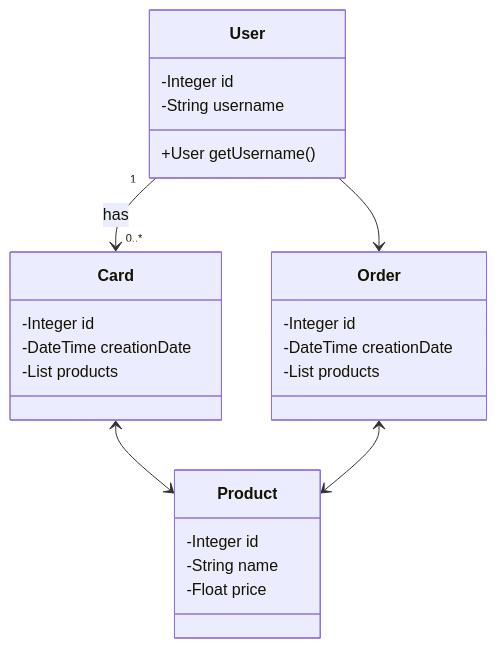
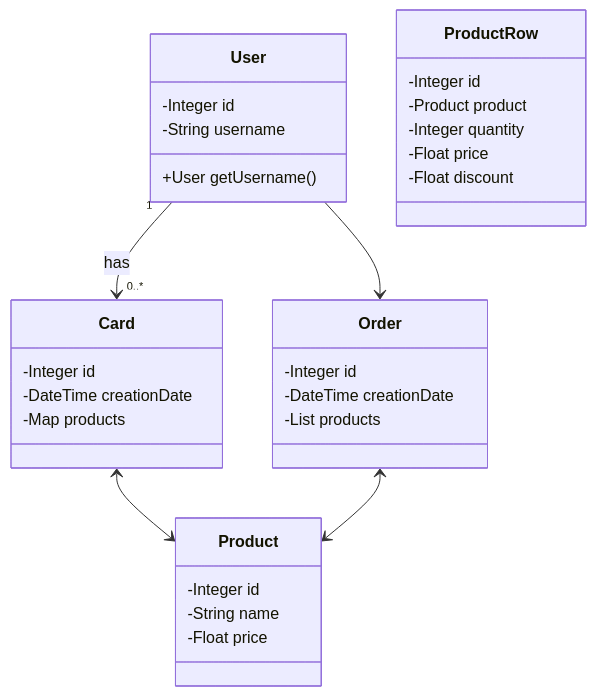
Before and after one commit to shiipou/simplon-2024-springboot: the diagram in README.md, drawn with Mermaid.

Commit message:
doc(readme): Add mermaidjs diagram

````diff
--- a/README.md
+++ b/README.md
@@ -9,28 +9,35 @@
 ```mermaid
 classDiagram
     User "1"-->"0..*" Card : has
     Card <--> Product
     Order <--> Product
     User --> Order
     
     class User {
       -Integer id
       -String username
       +User getUsername()
     }
     class Product {
         -Integer id
         -String name
         -Float price
     }
     class Card {
         -Integer id
         -DateTime creationDate
-        -List<Product> products
+        -Map<Product, Integer> products
     }
     class Order {
         -Integer id
         -DateTime creationDate
-        -List<Product> products
+        -List<ProductRow> products
+    }
+    class ProductRow {
+        -Integer id
+        -Product product
+        -Integer quantity
+        -Float price
+        -Float discount
     }
 ```
````
